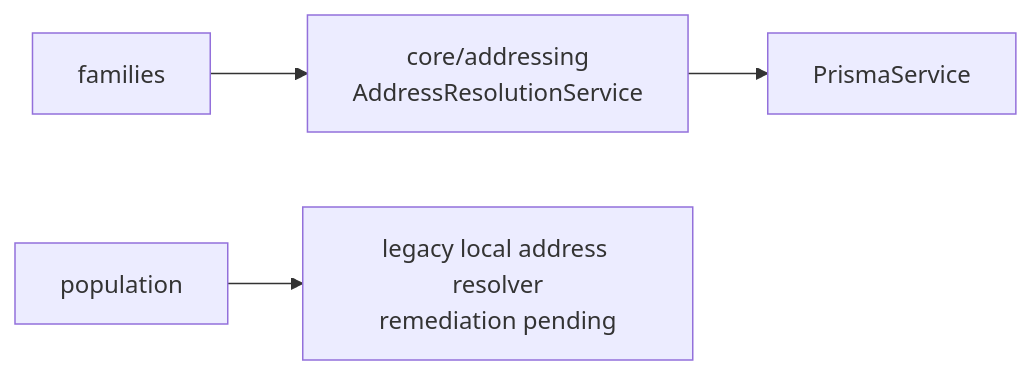
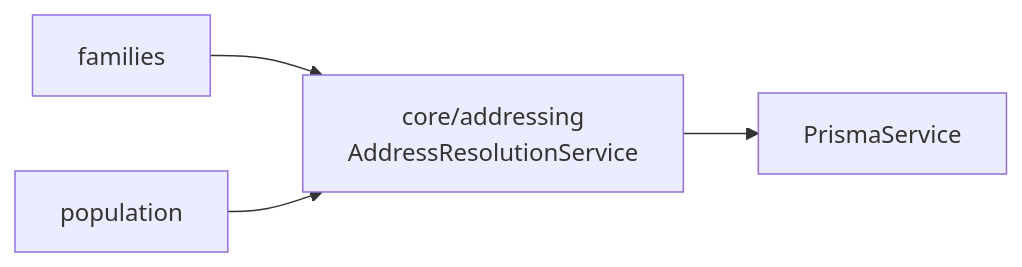
The third of 3 diagrams in docs/audits/AUDIT-1-DEPENDENCY-GRAPH.md (arpayid/sidpro), drawn with Mermaid before and after one commit. The commit also changed other lines of this file, not shown here.

Commit message:
docs: reconcile population addressing dependency graph

````diff
--- a/docs/audits/AUDIT-1-DEPENDENCY-GRAPH.md
+++ b/docs/audits/AUDIT-1-DEPENDENCY-GRAPH.md
@@ -71,6 +72,6 @@
 ```mermaid
 flowchart LR
   Families[families] --> Addressing[core/addressing\nAddressResolutionService]
-  Population[population] --> Legacy[legacy local address resolver\nremediation pending]
+  Population[population] --> Addressing
   Addressing --> Prisma[PrismaService]
 ```
````
